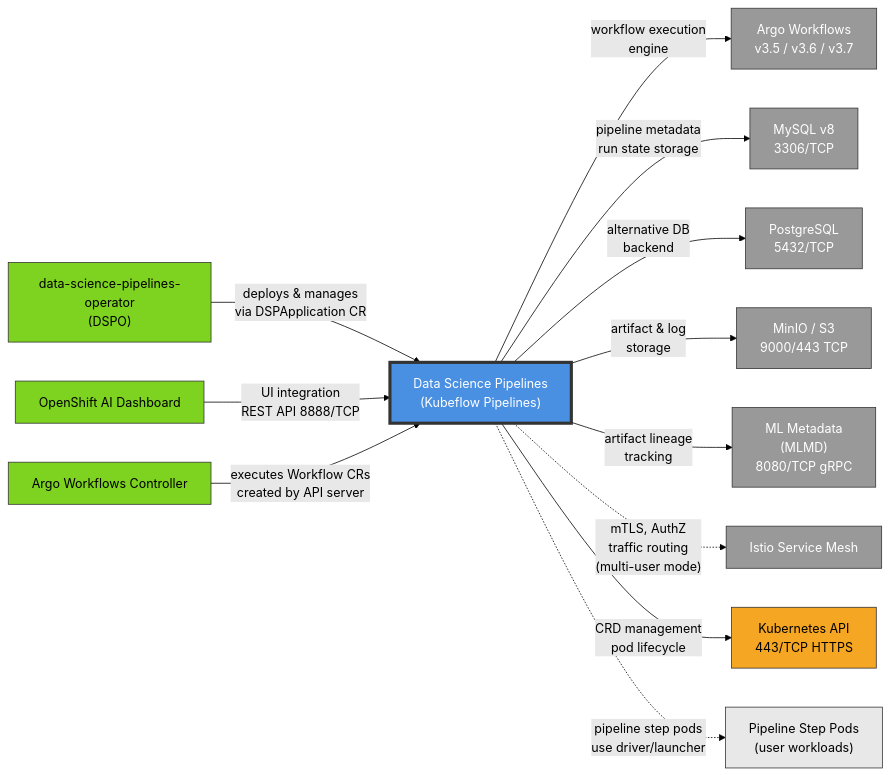
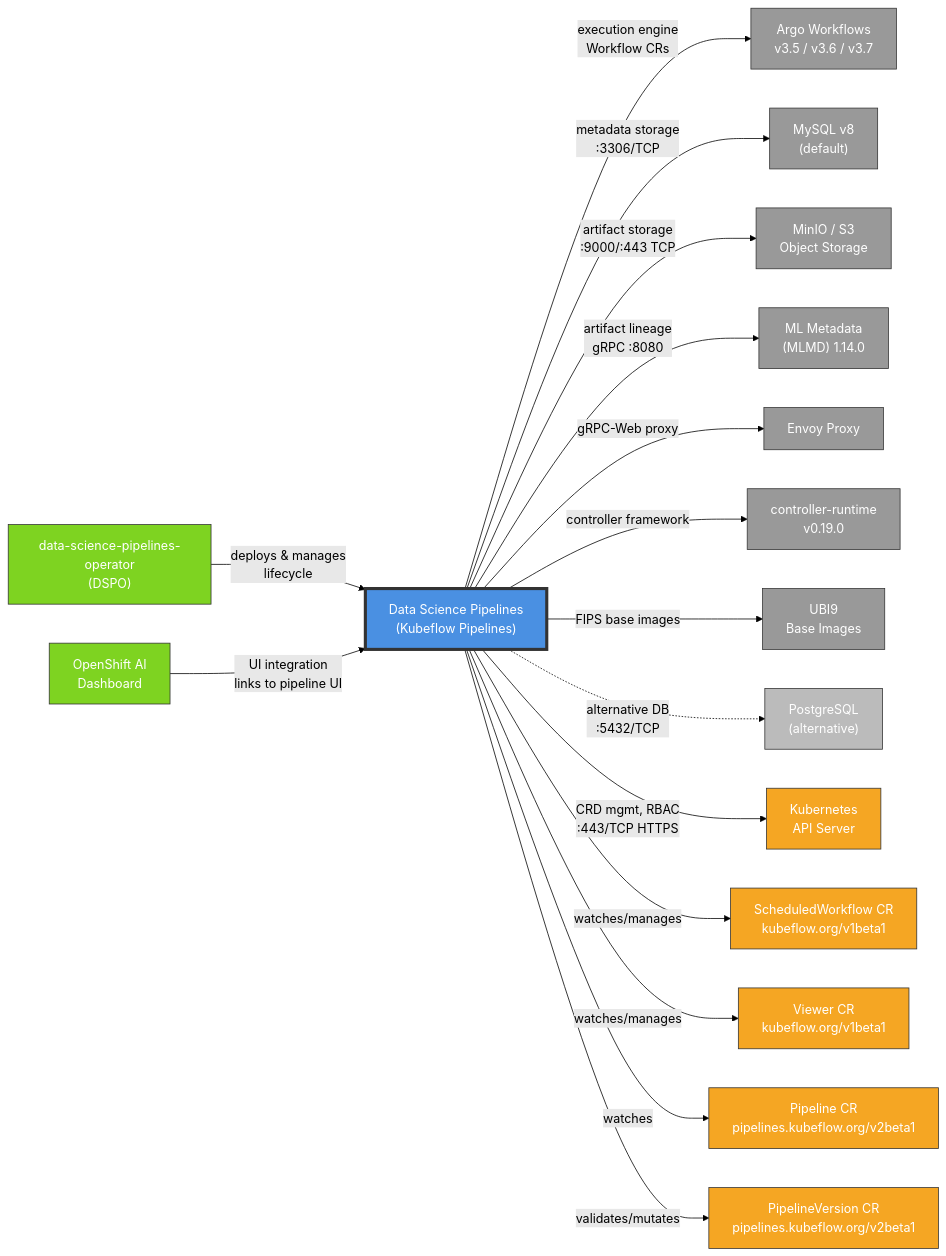
The diagram in architecture/rhoai-3.4-ea.2/diagrams/data-science-pipelines-dependencies.mmd (rhuss/architecture-context), drawn with Mermaid (forest theme) before and after one commit. The commit also changed 606 other files, not shown here.

```diff
--- a/architecture/rhoai-3.4-ea.2/diagrams/data-science-pipelines-dependencies.mmd
+++ b/architecture/rhoai-3.4-ea.2/diagrams/data-science-pipelines-dependencies.mmd
@@ -1,40 +1,52 @@
 %% Data Science Pipelines - Component Dependency Graph
 %% Generated by: Claude Opus 4.6
+%% Source: architecture/rhoai-3.4-ea.2/data-science-pipelines.md
 
 graph LR
     DSP["Data Science Pipelines<br/>(Kubeflow Pipelines)"]
 
     %% External Dependencies (Required)
-    DSP -->|"workflow execution<br/>engine"| ArgoWF["Argo Workflows<br/>v3.5 / v3.6 / v3.7"]
-    DSP -->|"pipeline metadata<br/>run state storage"| MySQL["MySQL v8<br/>3306/TCP"]
-    DSP -->|"alternative DB<br/>backend"| PostgreSQL["PostgreSQL<br/>5432/TCP"]
-    DSP -->|"artifact & log<br/>storage"| MinIO["MinIO / S3<br/>9000/443 TCP"]
-    DSP -->|"artifact lineage<br/>tracking"| MLMD["ML Metadata<br/>(MLMD)<br/>8080/TCP gRPC"]
+    DSP -->|"execution engine<br/>Workflow CRs"| Argo["Argo Workflows<br/>v3.5 / v3.6 / v3.7"]
+    DSP -->|"metadata storage<br/>:3306/TCP"| MySQL["MySQL v8<br/>(default)"]
+    DSP -->|"artifact storage<br/>:9000/:443 TCP"| MinIO["MinIO / S3<br/>Object Storage"]
+    DSP -->|"artifact lineage<br/>gRPC :8080"| MLMD["ML Metadata<br/>(MLMD) 1.14.0"]
+    DSP -->|"gRPC-Web proxy"| Envoy["Envoy Proxy"]
+    DSP -->|"controller framework"| ControllerRuntime["controller-runtime<br/>v0.19.0"]
+    DSP -->|"FIPS base images"| UBI9["UBI9<br/>Base Images"]
 
-    %% External Dependencies (Optional)
-    DSP -.->|"mTLS, AuthZ<br/>traffic routing<br/>(multi-user mode)"| Istio["Istio Service Mesh"]
+    %% Optional External Dependencies
+    DSP -.->|"alternative DB<br/>:5432/TCP"| PostgreSQL["PostgreSQL<br/>(alternative)"]
 
-    %% Platform Dependencies
-    DSP -->|"CRD management<br/>pod lifecycle"| K8sAPI["Kubernetes API<br/>443/TCP HTTPS"]
+    %% Kubernetes Platform
+    DSP -->|"CRD mgmt, RBAC<br/>:443/TCP HTTPS"| K8sAPI["Kubernetes<br/>API Server"]
 
     %% Internal RHOAI Dependencies
-    DSPO["data-science-pipelines-operator<br/>(DSPO)"] -->|"deploys & manages<br/>via DSPApplication CR"| DSP
-    Dashboard["OpenShift AI Dashboard"] -->|"UI integration<br/>REST API 8888/TCP"| DSP
-    ArgoCtrl["Argo Workflows Controller"] -->|"executes Workflow CRs<br/>created by API server"| DSP
+    DSPO["data-science-pipelines-operator<br/>(DSPO)"] -->|"deploys & manages<br/>lifecycle"| DSP
+    Dashboard["OpenShift AI<br/>Dashboard"] -->|"UI integration<br/>links to pipeline UI"| DSP
 
-    %% Reverse integration (who depends on DSP)
-    DSP -.->|"pipeline step pods<br/>use driver/launcher"| StepPods["Pipeline Step Pods<br/>(user workloads)"]
+    %% CRDs Managed
+    DSP -->|"watches/manages"| ScheduledWF["ScheduledWorkflow CR<br/>kubeflow.org/v1beta1"]
+    DSP -->|"watches/manages"| ViewerCR["Viewer CR<br/>kubeflow.org/v1beta1"]
+    DSP -->|"watches"| PipelineCR["Pipeline CR<br/>pipelines.kubeflow.org/v2beta1"]
+    DSP -->|"validates/mutates"| PipelineVersionCR["PipelineVersion CR<br/>pipelines.kubeflow.org/v2beta1"]
 
     %% Styling
     style DSP fill:#4a90e2,stroke:#333,stroke-width:4px,color:#fff
-    style ArgoWF fill:#999,stroke:#333,color:#fff
+
+    style Argo fill:#999,stroke:#333,color:#fff
     style MySQL fill:#999,stroke:#333,color:#fff
-    style PostgreSQL fill:#999,stroke:#333,color:#fff
     style MinIO fill:#999,stroke:#333,color:#fff
     style MLMD fill:#999,stroke:#333,color:#fff
-    style Istio fill:#999,stroke:#333,color:#fff
-    style K8sAPI fill:#f5a623,stroke:#333
-    style DSPO fill:#7ed321,stroke:#333
-    style Dashboard fill:#7ed321,stroke:#333
-    style ArgoCtrl fill:#7ed321,stroke:#333
-    style StepPods fill:#e8e8e8,stroke:#333
+    style Envoy fill:#999,stroke:#333,color:#fff
+    style ControllerRuntime fill:#999,stroke:#333,color:#fff
+    style UBI9 fill:#999,stroke:#333,color:#fff
+    style PostgreSQL fill:#bbb,stroke:#333,color:#fff
+    style K8sAPI fill:#f5a623,stroke:#333,color:#fff
+
+    style DSPO fill:#7ed321,stroke:#333,color:#fff
+    style Dashboard fill:#7ed321,stroke:#333,color:#fff
+
+    style ScheduledWF fill:#f5a623,stroke:#333,color:#fff
+    style ViewerCR fill:#f5a623,stroke:#333,color:#fff
+    style PipelineCR fill:#f5a623,stroke:#333,color:#fff
+    style PipelineVersionCR fill:#f5a623,stroke:#333,color:#fff
```
